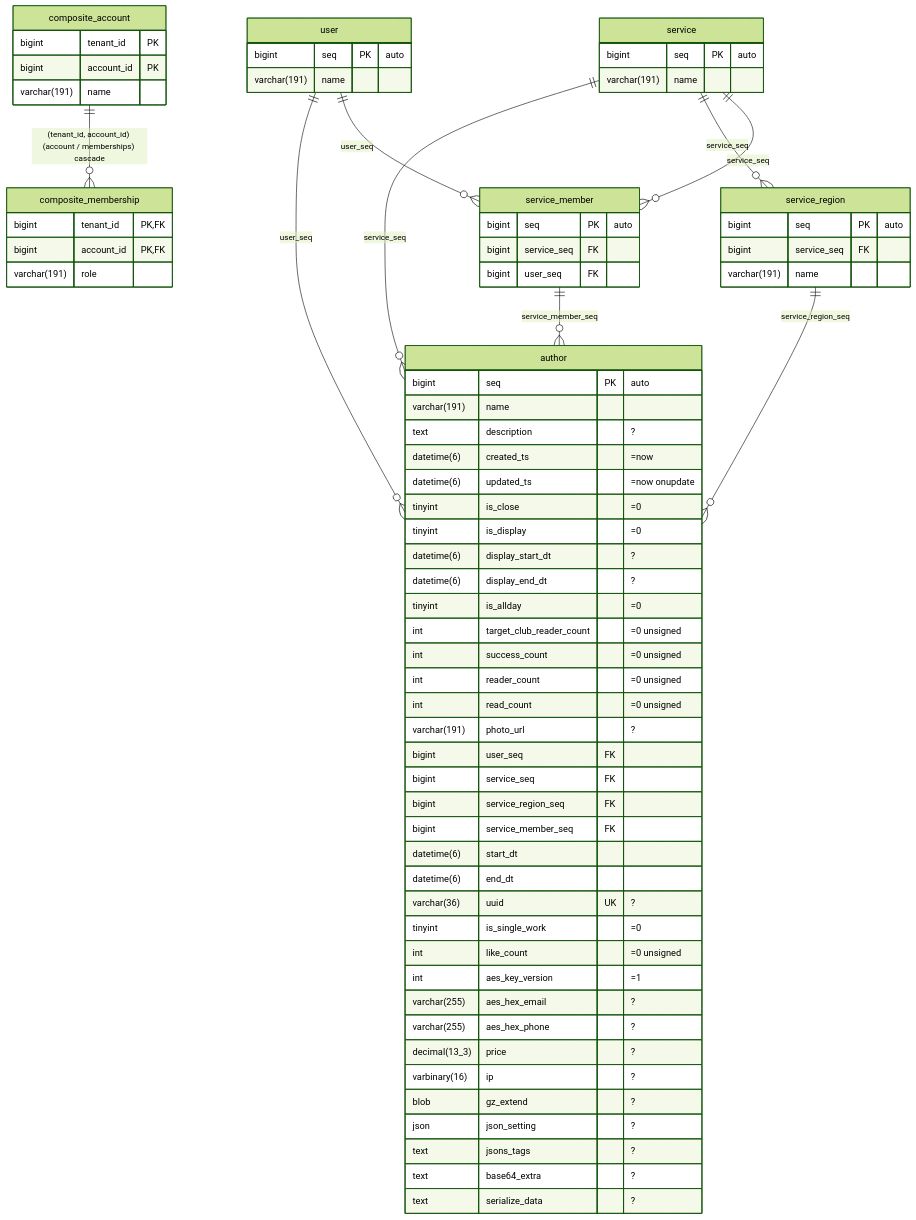
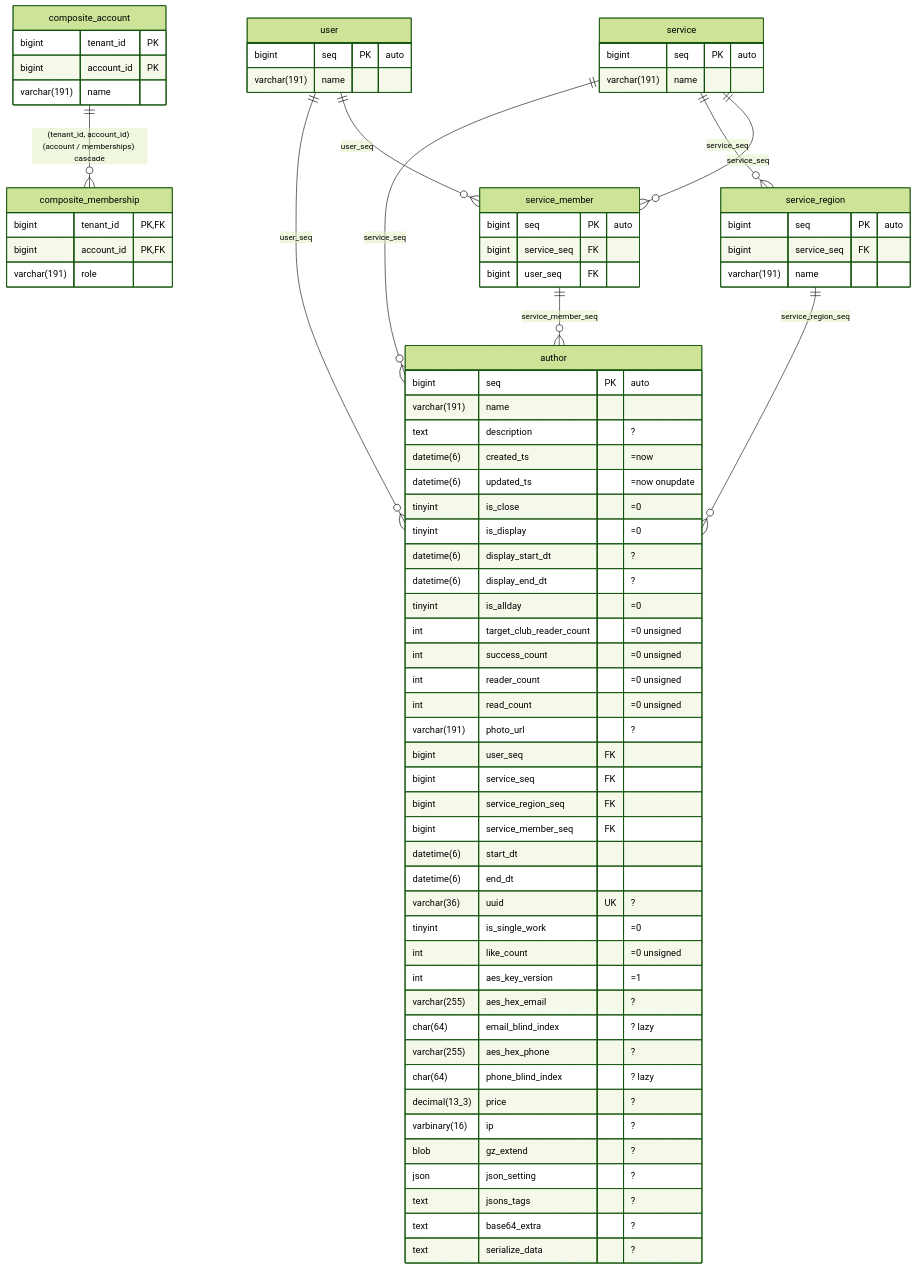
The diagram in schema/bench.mmd (polyspec/orm), drawn with Mermaid (forest theme) before and after one commit. The commit also changed 90 other files, not shown here.

```diff
--- a/schema/bench.mmd
+++ b/schema/bench.mmd
@@ -1,82 +1,88 @@
 erDiagram
   author {
     bigint        seq                      PK  "auto"
     varchar(191)  name
     text          description                  "?"
     datetime(6)   created_ts                   "=now"
     datetime(6)   updated_ts                   "=now onupdate"
     tinyint       is_close                     "=0"
     tinyint       is_display                   "=0"
     datetime(6)   display_start_dt             "?"
     datetime(6)   display_end_dt               "?"
     tinyint       is_allday                    "=0"
     int           target_club_reader_count     "=0 unsigned"
     int           success_count                "=0 unsigned"
     int           reader_count                 "=0 unsigned"
     int           read_count                   "=0 unsigned"
     varchar(191)  photo_url                    "?"
     bigint        user_seq                 FK
     bigint        service_seq              FK
     bigint        service_region_seq       FK
     bigint        service_member_seq       FK
     datetime(6)   start_dt
     datetime(6)   end_dt
     varchar(36)   uuid                     UK  "?"
     tinyint       is_single_work               "=0"
     int           like_count                   "=0 unsigned"
     int           aes_key_version              "=1"
     varchar(255)  aes_hex_email                "?"
+    char(64)      email_blind_index            "? lazy"
     varchar(255)  aes_hex_phone                "?"
+    char(64)      phone_blind_index            "? lazy"
     decimal(13_3) price                        "?"
     varbinary(16) ip                           "?"
     blob          gz_extend                    "?"
     json          json_setting                 "?"
     text          jsons_tags                   "?"
     text          base64_extra                 "?"
     text          serialize_data               "?"
   }
   user {
     bigint        seq   PK "auto"
     varchar(191)  name
   }
   service {
     bigint        seq   PK "auto"
     varchar(191)  name
   }
   service_region {
     bigint        seq   PK "auto"
     bigint        service_seq FK
     varchar(191)  name
   }
   service_member {
     bigint        seq   PK "auto"
     bigint        service_seq FK
     bigint        user_seq    FK
   }
   composite_account {
     bigint        tenant_id PK
     bigint        account_id PK
     varchar(191)  name
   }
   composite_membership {
     bigint        tenant_id PK, FK
     bigint        account_id PK, FK
     varchar(191)  role
   }
 
   user           ||--o{ author         : user_seq
   service        ||--o{ author         : service_seq
   service_region ||--o{ author         : service_region_seq
   service_member ||--o{ author         : service_member_seq
   service        ||--o{ service_region : service_seq
   service        ||--o{ service_member : service_seq
   user           ||--o{ service_member : user_seq
   composite_account ||--o{ composite_membership : "(tenant_id, account_id) (account / memberships) cascade"
 
   %% index author (service_region_seq, is_close, is_display, is_allday) ik
   %% index author (service_seq, is_close) ix_service
   %% index author (user_seq, is_close) ix_user
+  %% index author (email_blind_index) ix_email_blind_index
+  %% index author (phone_blind_index) ix_phone_blind_index
+  %% blind_index author aes_hex_email email_blind_index
+  %% blind_index author aes_hex_phone phone_blind_index
   %% scope author service_seq
   %% fulltext author (name, description)
   %% predicate author visible : `is_close` = FALSE AND `is_display` = TRUE
   %% predicate author started_after : `start_dt` > ?
```
